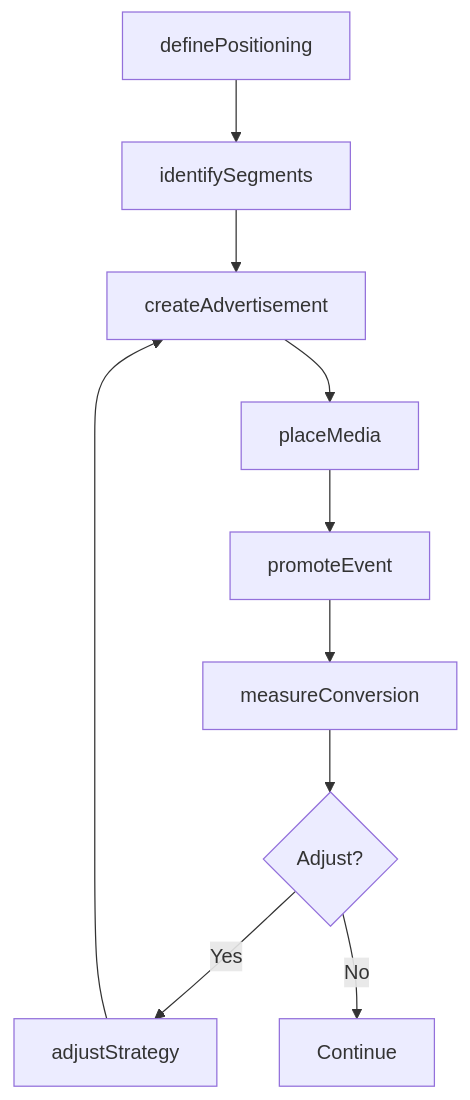
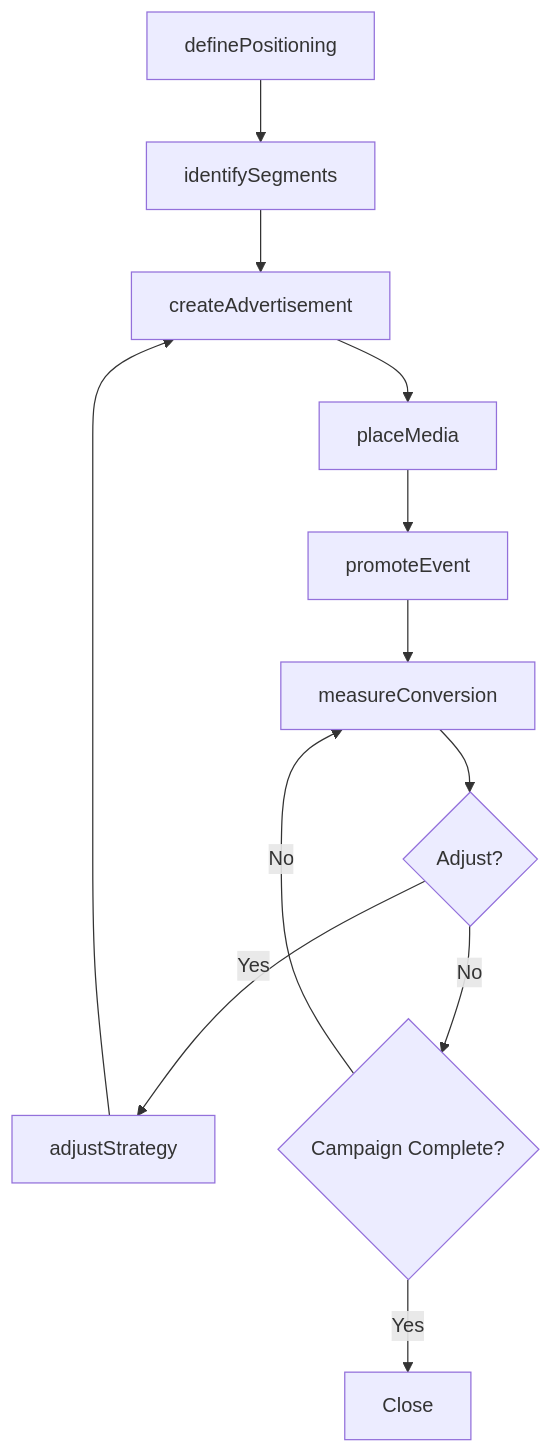
The third of 4 diagrams in SellingOrInfluencingOthers/PromoteProductsServicesOrPrograms/MarketProductsServicesEvents.mdx (dot-org-ai/tasks.org.ai), drawn with Mermaid before and after one commit. The commit also changed other lines of this file and 504 other files, not shown here.

First line of the commit message:
feat: Add ER diagrams, state diagrams, and workflow improvements to 96 DWA task files

````diff
--- a/SellingOrInfluencingOthers/PromoteProductsServicesOrPrograms/MarketProductsServicesEvents.mdx
+++ b/SellingOrInfluencingOthers/PromoteProductsServicesOrPrograms/MarketProductsServicesEvents.mdx
@@ -88,12 +117,14 @@
 ```mermaid
 graph TD
     A[definePositioning] --> B[identifySegments]
     B --> C[createAdvertisement]
     C --> D[placeMedia]
     D --> E[promoteEvent]
     E --> F[measureConversion]
     F --> G{Adjust?}
     G -->|Yes| H[adjustStrategy]
     H --> C
-    G -->|No| I[Continue]
+    G -->|No| I{Campaign Complete?}
+    I -->|Yes| J[Close]
+    I -->|No| F
 ```
````
